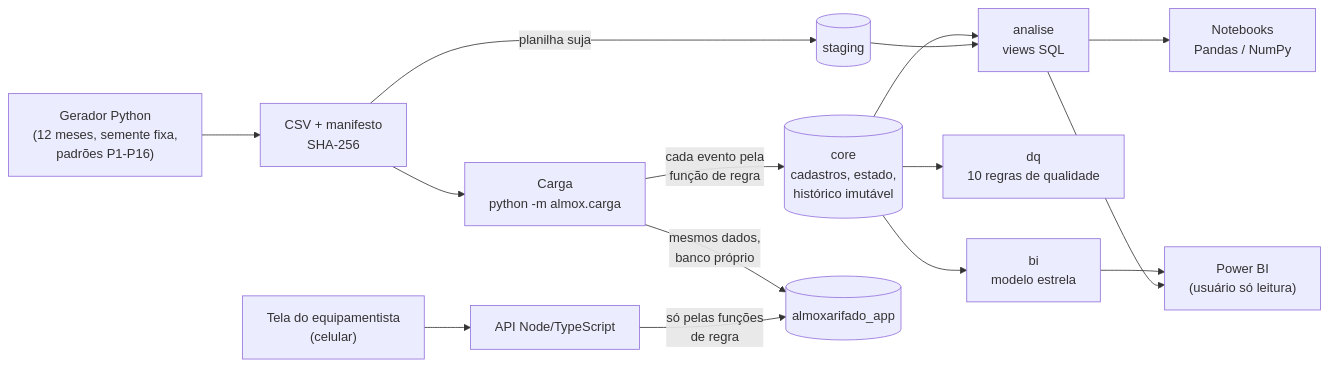
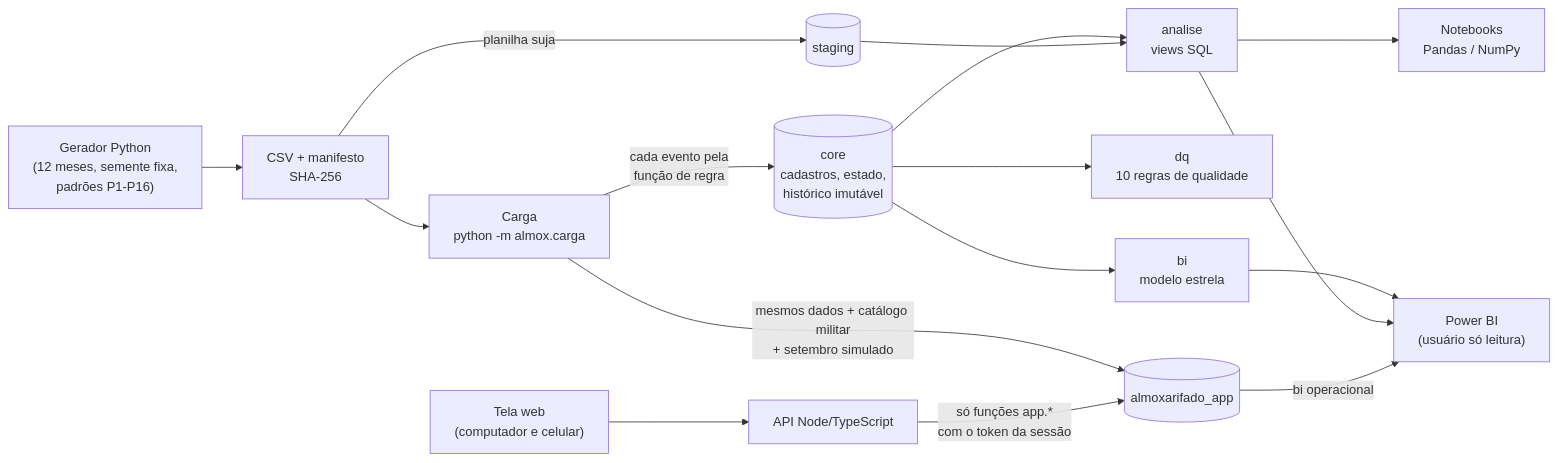
Before and after one commit to DiegoSantiago1/controle-materiais-cautela: the diagram in README.md, drawn with Mermaid. The commit also changed other lines of this file and 8 other files, not shown here.

````diff
--- a/README.md
+++ b/README.md
@@ -50,17 +50,18 @@
 ```mermaid
 flowchart LR
     G["Gerador Python<br/>(12 meses, semente fixa,<br/>padrões P1-P16)"] --> CSV["CSV + manifesto<br/>SHA-256"]
     CSV --> C["Carga<br/>python -m almox.carga"]
     C -->|"cada evento pela<br/>função de regra"| CORE[("core<br/>cadastros, estado,<br/>histórico imutável")]
     CSV -->|planilha suja| STG[("staging")]
     CORE --> AN["analise<br/>views SQL"]
     STG --> AN
     CORE --> DQ["dq<br/>10 regras de qualidade"]
     CORE --> BI["bi<br/>modelo estrela"]
     AN --> NB["Notebooks<br/>Pandas / NumPy"]
     BI --> PBI["Power BI<br/>(usuário só leitura)"]
     AN --> PBI
-    C -->|"mesmos dados,<br/>banco próprio"| APP[("almoxarifado_app")]
-    TELA["Tela do equipamentista<br/>(celular)"] --> API["API Node/TypeScript"]
-    API -->|"só pelas funções<br/>de regra"| APP
+    C -->|"mesmos dados + catálogo militar<br/>+ setembro simulado"| APP[("almoxarifado_app")]
+    TELA["Tela web<br/>(computador e celular)"] --> API["API Node/TypeScript"]
+    API -->|"só funções app.*<br/>com o token da sessão"| APP
+    APP -->|"bi operacional"| PBI
 ```
````
